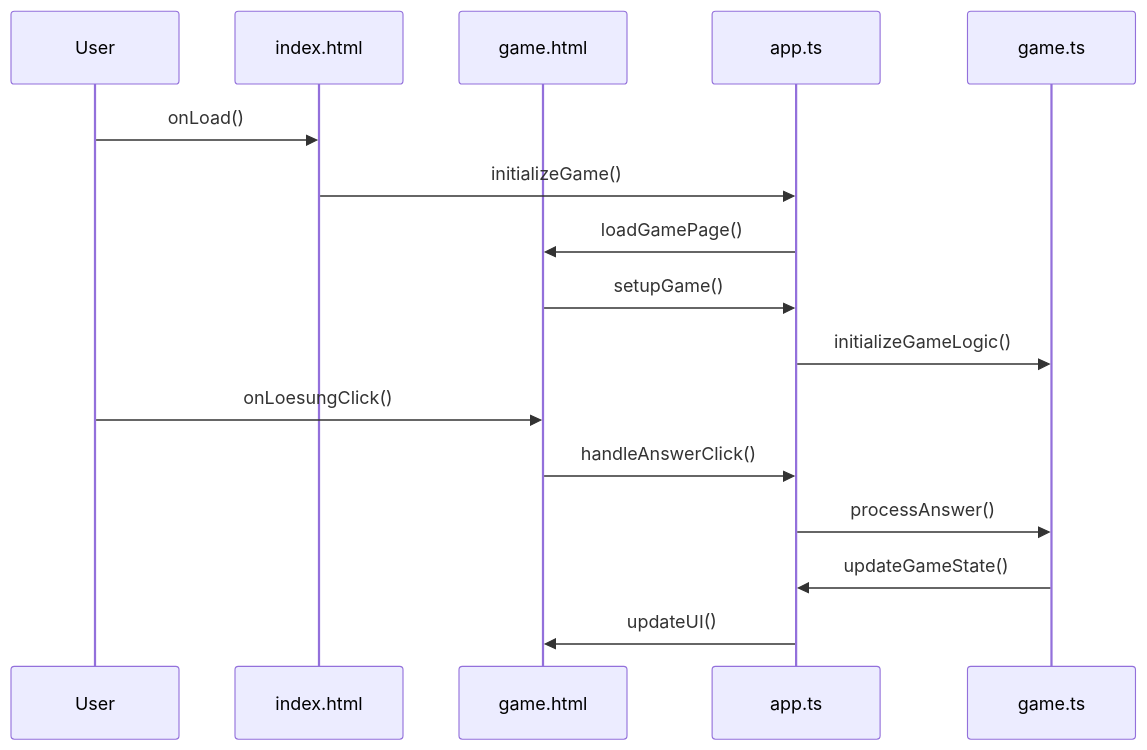
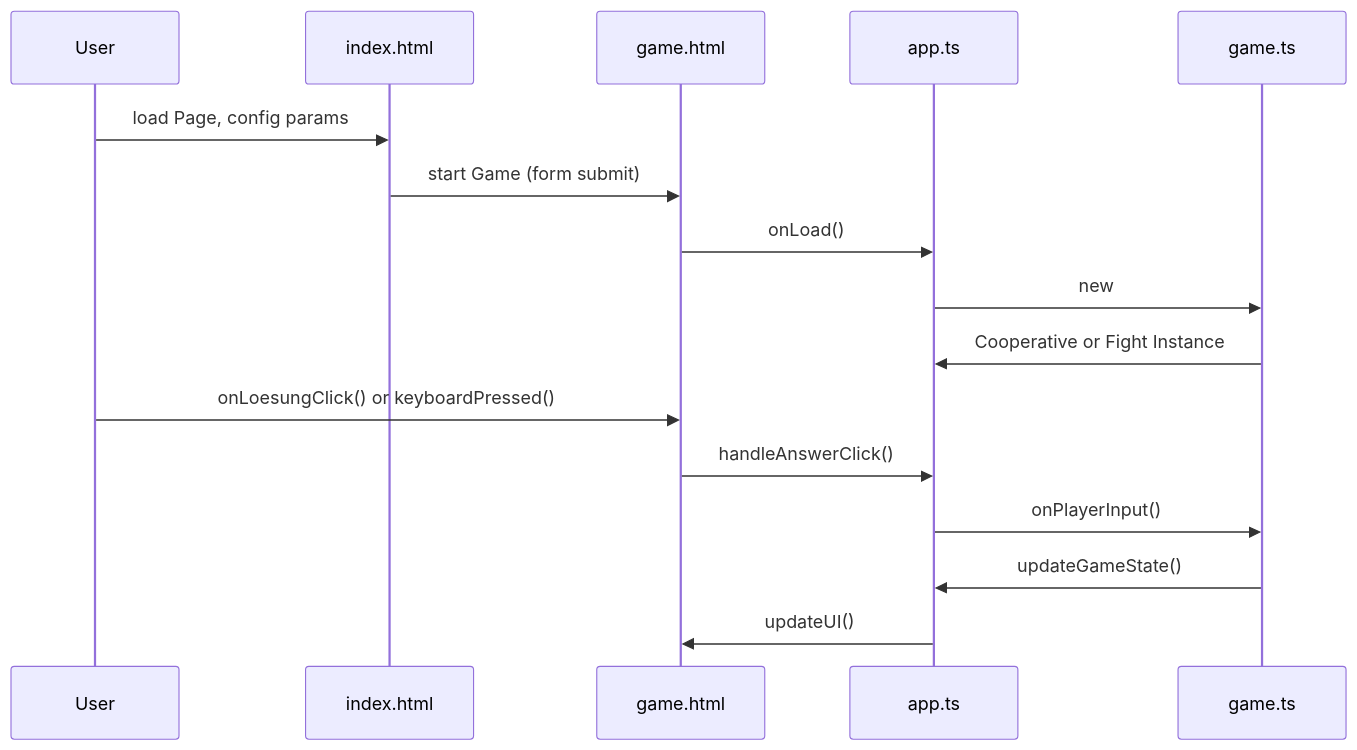
The second of 3 diagrams in README.md (meli711/math-queen), drawn with Mermaid before and after one commit.

Commit message:
sequence

````diff
--- a/README.md
+++ b/README.md
@@ -86,20 +86,20 @@
 ```mermaid
 sequenceDiagram
     participant User
     participant index.html
     participant game.html
     participant app.ts
     participant game.ts
 
-    User->>index.html: onLoad()
-    index.html->>app.ts: initializeGame()
-    app.ts->>game.html: loadGamePage()
-    game.html->>app.ts: setupGame()
-    app.ts->>game.ts: initializeGameLogic()
+    User->>index.html: load Page, config params
+    index.html->>game.html: start Game (form submit)
+    game.html->>app.ts: onLoad()
+    app.ts->>game.ts: new
+    game.ts->>app.ts: Cooperative or Fight Instance 
 
-    User->>game.html: onLoesungClick()
+    User->>game.html: onLoesungClick() or keyboardPressed()
     game.html->>app.ts: handleAnswerClick()
-    app.ts->>game.ts: processAnswer()
+    app.ts->>game.ts: onPlayerInput()
     game.ts->>app.ts: updateGameState()
     app.ts->>game.html: updateUI()
 ```
````
